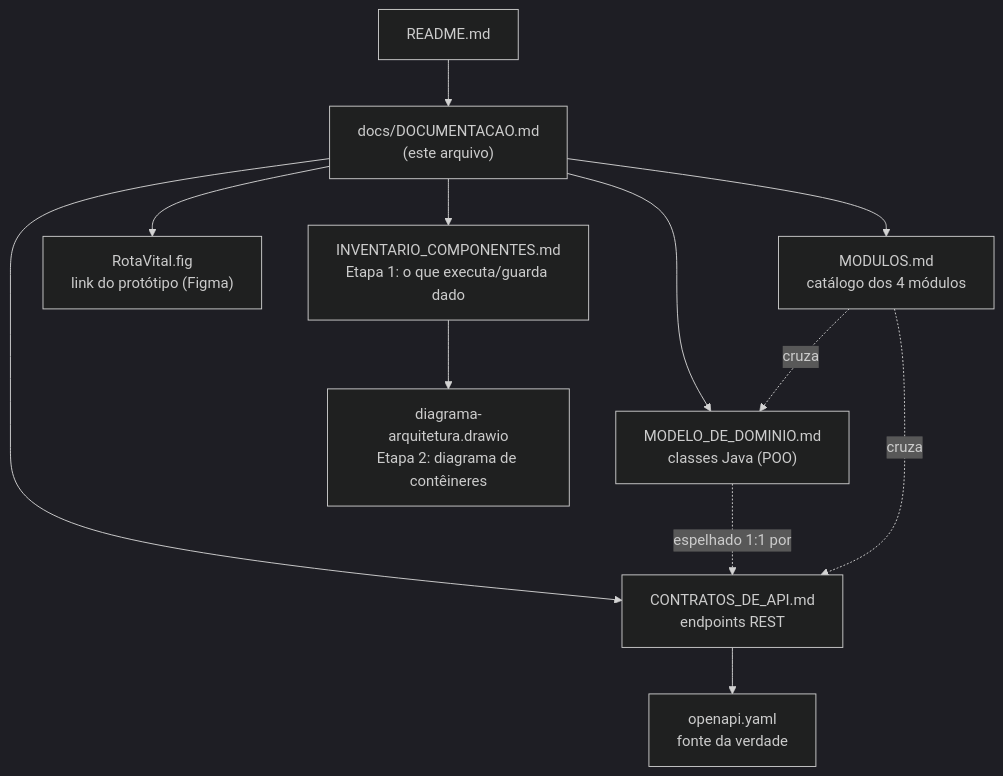
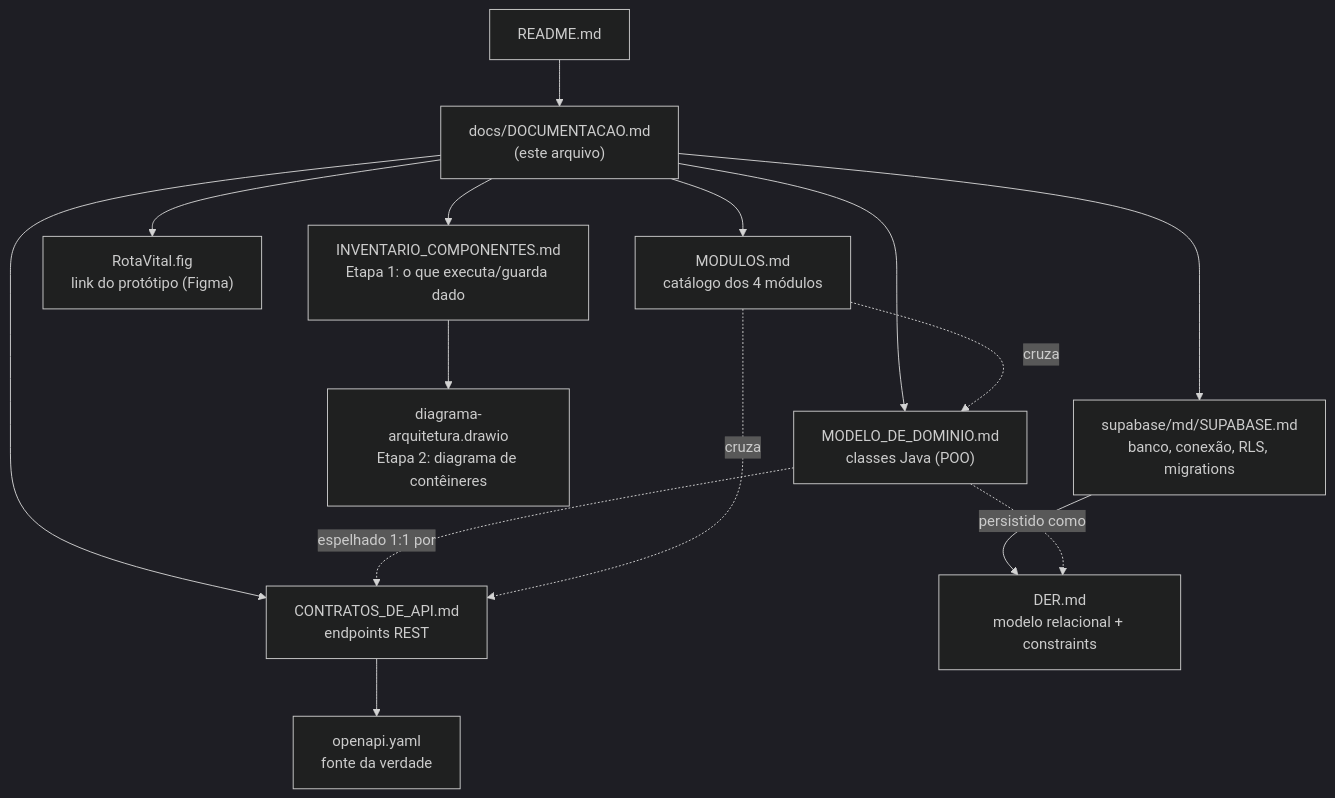
The diagram in docs/DOCUMENTACAO.md (viictorpaes/Rotavital), drawn with Mermaid (dark theme) before and after one commit. The commit also changed other lines of this file and 12 other files, not shown here.

First line of the commit message:
feat(W08-09): aplica constraints de integridade no schema do Supabase e documenta o DER (PI3-139)

````diff
--- a/docs/DOCUMENTACAO.md
+++ b/docs/DOCUMENTACAO.md
@@ -30,14 +30,17 @@
 ```mermaid
 flowchart TD
     R["README.md"] --> IDX["docs/DOCUMENTACAO.md<br/>(este arquivo)"]
     IDX --> DOM["MODELO_DE_DOMINIO.md<br/>classes Java (POO)"]
     IDX --> API["CONTRATOS_DE_API.md<br/>endpoints REST"]
     IDX --> MOD["MODULOS.md<br/>catálogo dos 4 módulos"]
     API --> SPEC["openapi.yaml<br/>fonte da verdade"]
     DOM -. "espelhado 1:1 por" .-> API
     MOD -. "cruza" .-> DOM
     MOD -. "cruza" .-> API
     IDX --> FIG["RotaVital.fig<br/>link do protótipo (Figma)"]
     IDX --> INV["INVENTARIO_COMPONENTES.md<br/>Etapa 1: o que executa/guarda dado"]
     INV --> DRAW["diagrama-arquitetura.drawio<br/>Etapa 2: diagrama de contêineres"]
+    IDX --> SB["supabase/md/SUPABASE.md<br/>banco, conexão, RLS, migrations"]
+    SB --> DER["DER.md<br/>modelo relacional + constraints"]
+    DOM -. "persistido como" .-> DER
 ```
````
